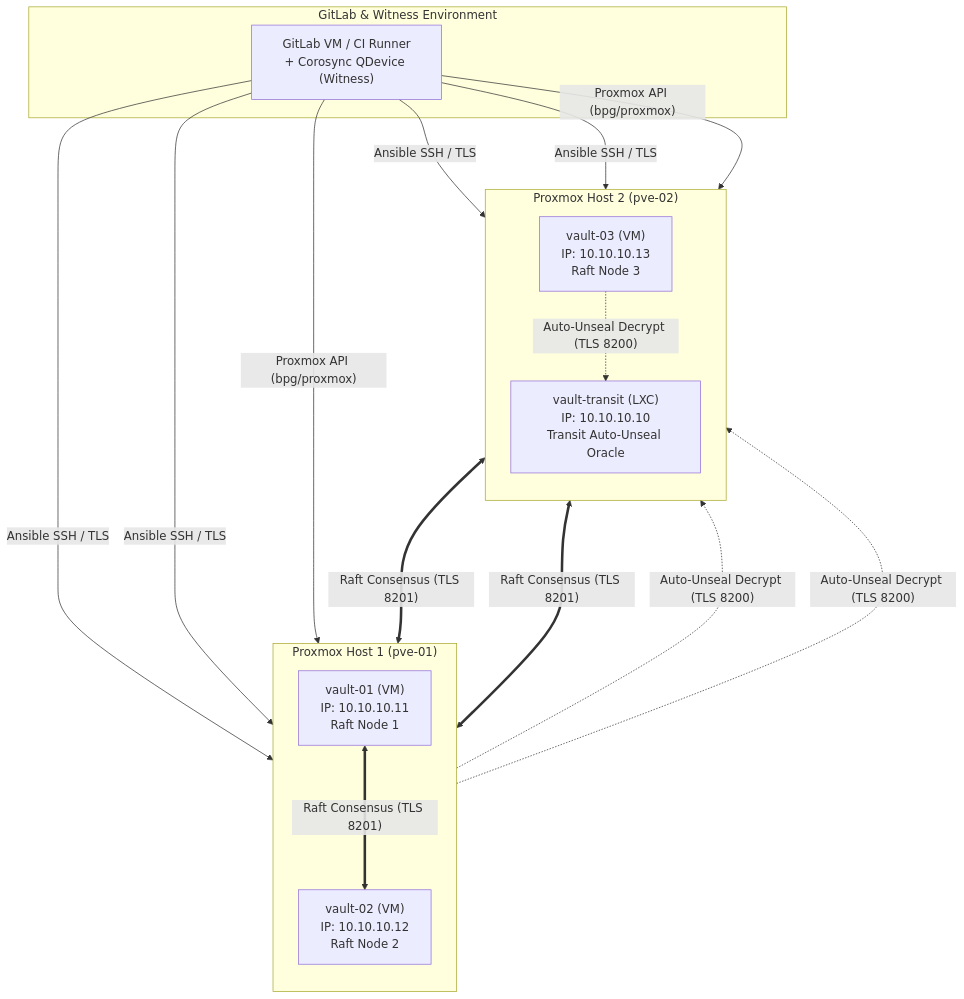
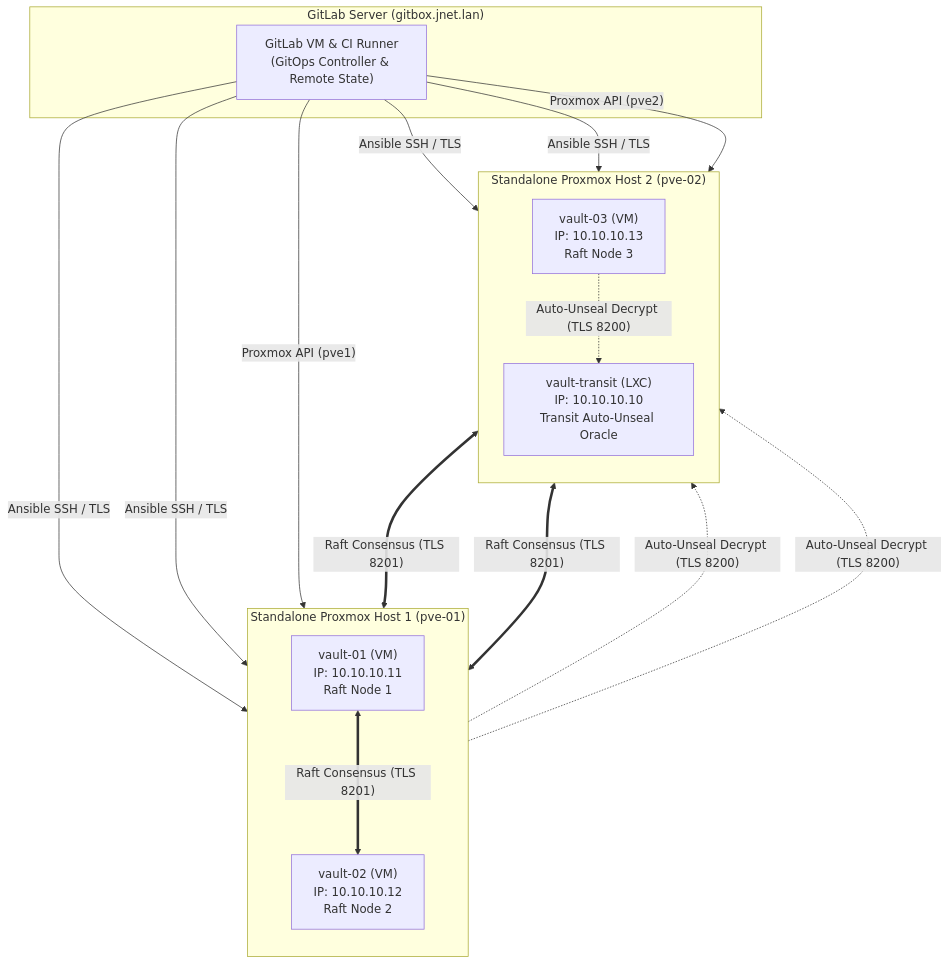
One commit to antonj-code/vault-bootstrap changed the diagram in README.md. Above: the diagram before and after it, drawn with Mermaid. The commit also changed other lines of this file and 8 other files, not shown here.

First line of the commit message:
refactor: adapt Terraform and docs for dual standalone (non-clustered) Proxmox hosts

````diff
--- a/README.md
+++ b/README.md
@@ -9,33 +9,33 @@
 ```mermaid
 flowchart TB
-    subgraph Host1["Proxmox Host 1 (pve-01)"]
+    subgraph Host1["Standalone Proxmox Host 1 (pve-01)"]
         direction TB
         V1["vault-01 (VM)<br/>IP: 10.10.10.11<br/>Raft Node 1"]
         V2["vault-02 (VM)<br/>IP: 10.10.10.12<br/>Raft Node 2"]
     end
 
-    subgraph Host2["Proxmox Host 2 (pve-02)"]
+    subgraph Host2["Standalone Proxmox Host 2 (pve-02)"]
         direction TB
         V3["vault-03 (VM)<br/>IP: 10.10.10.13<br/>Raft Node 3"]
         VT["vault-transit (LXC)<br/>IP: 10.10.10.10<br/>Transit Auto-Unseal Oracle"]
     end
 
-    subgraph Management["GitLab & Witness Environment"]
-        GL["GitLab VM / CI Runner<br/>+ Corosync QDevice (Witness)"]
+    subgraph Management["GitLab Server (gitbox.jnet.lan)"]
+        GL["GitLab VM & CI Runner<br/>(GitOps Controller & Remote State)"]
     end
 
     V1 <===>|"Raft Consensus (TLS 8201)"| V2
     V2 <===>|"Raft Consensus (TLS 8201)"| V3
     V3 <===>|"Raft Consensus (TLS 8201)"| V1
 
     V1 -.->|"Auto-Unseal Decrypt (TLS 8200)"| VT
     V2 -.->|"Auto-Unseal Decrypt (TLS 8200)"| VT
     V3 -.->|"Auto-Unseal Decrypt (TLS 8200)"| VT
 
-    GL -->|"Proxmox API (bpg/proxmox)"| Host1
-    GL -->|"Proxmox API (bpg/proxmox)"| Host2
+    GL -->|"Proxmox API (pve1)"| Host1
+    GL -->|"Proxmox API (pve2)"| Host2
     GL -->|"Ansible SSH / TLS"| V1
     GL -->|"Ansible SSH / TLS"| V2
     GL -->|"Ansible SSH / TLS"| V3
     GL -->|"Ansible SSH / TLS"| VT
 ```
````
